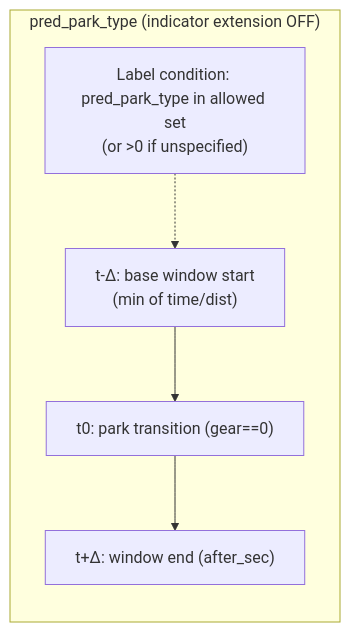
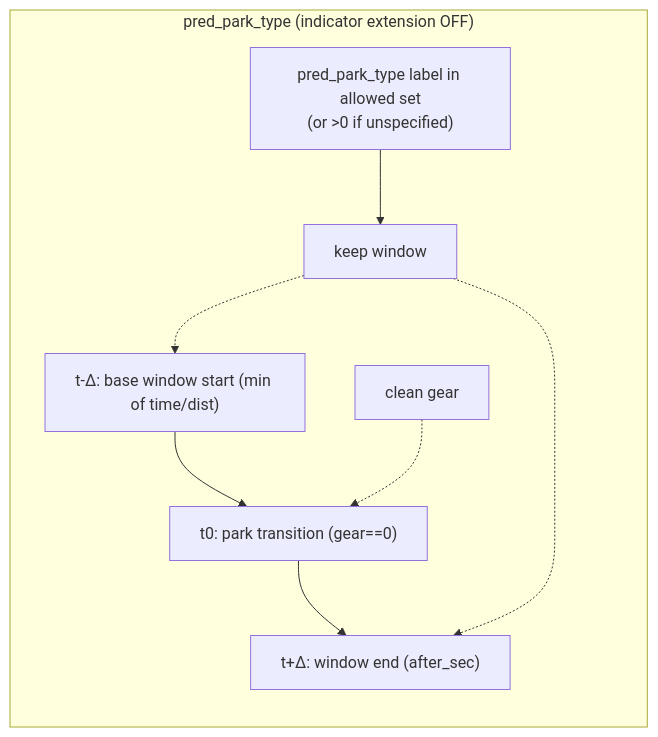
The third of 5 diagrams in codex/WayveCode/projects/zak-classifiers-parking-maneuver.md (borisindelman-oss/vault), drawn with Mermaid before and after one commit. The commit also changed other lines of this file, not shown here.

````diff
--- a/codex/WayveCode/projects/zak-classifiers-parking-maneuver.md
+++ b/codex/WayveCode/projects/zak-classifiers-parking-maneuver.md
@@ -54,8 +60,11 @@
 ```mermaid
 flowchart LR
-    subgraph pred_park_type_no_ext["pred_park_type (indicator extension OFF)"]
-        A["t-Δ: base window start<br/>(min of time/dist)"] --> B["t0: park transition (gear==0)"]
+    subgraph PPT_OFF["pred_park_type (indicator extension OFF)"]
+        A["t-Δ: base window start (min of time/dist)"] --> B["t0: park transition (gear==0)"]
         B --> C["t+Δ: window end (after_sec)"]
-        E["Label condition: pred_park_type in allowed set<br/>(or >0 if unspecified)"] -.-> A
+        CLEAN["clean gear"] -.-> B
+        LABEL["pred_park_type label in allowed set<br/>(or >0 if unspecified)"] --> KEEP["keep window"]
+        KEEP -.-> A
+        KEEP -.-> C
     end
 ```
````
